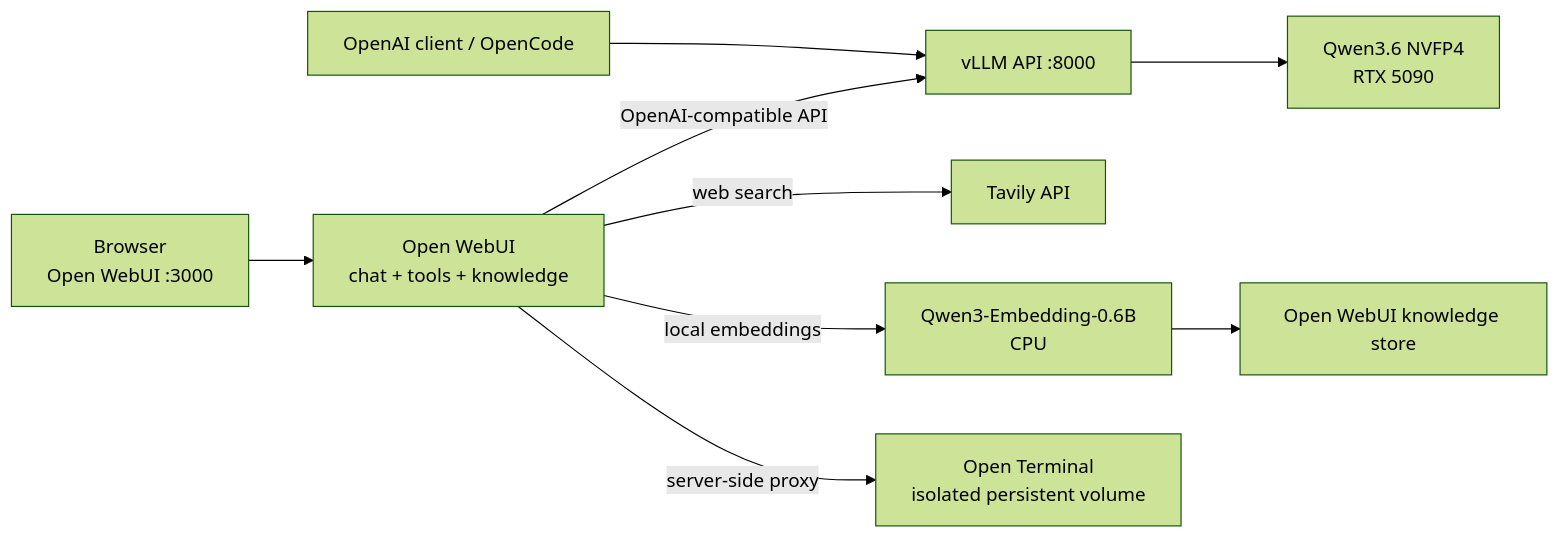
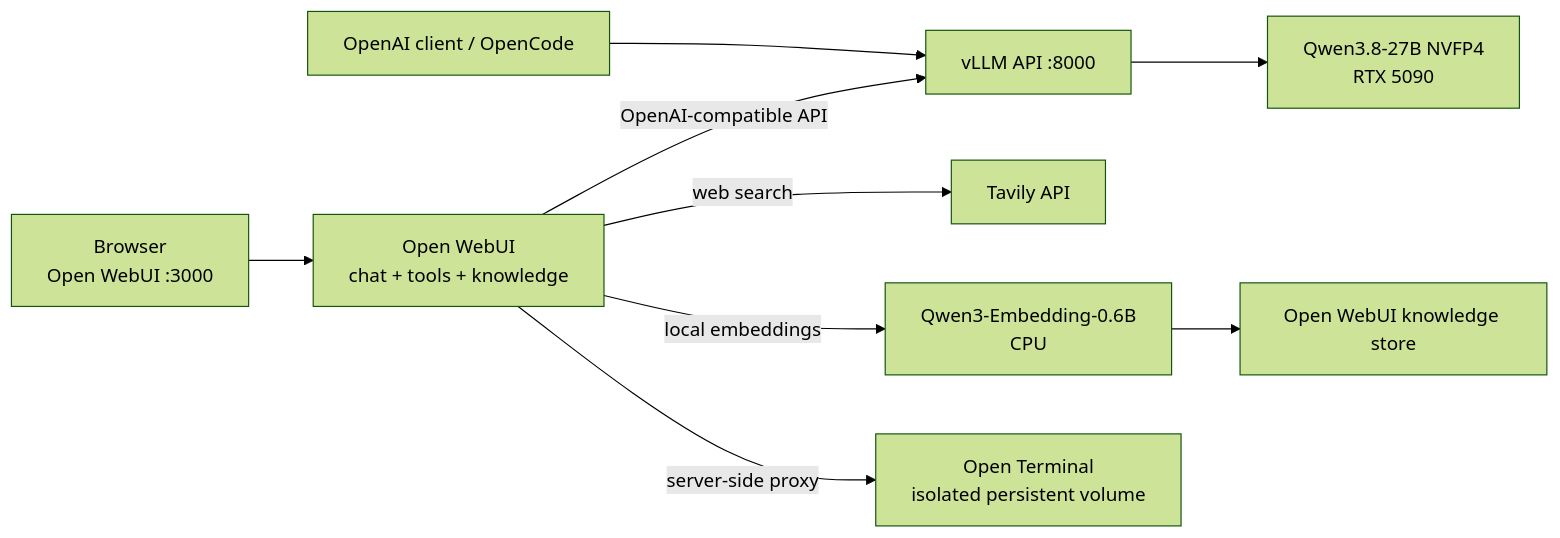
The diagram in README.md (spunkytensor/vllm-qwen-nvidia), drawn with Mermaid (forest theme) before and after one commit. The commit also changed other lines of this file and 10 other files, not shown here.

````diff
--- a/README.md
+++ b/README.md
@@ -16,12 +16,12 @@
 ```mermaid
 flowchart LR
     browser["Browser<br/>Open WebUI :3000"] --> webui["Open WebUI<br/>chat + tools + knowledge"]
     client["OpenAI client / OpenCode"] --> api["vLLM API :8000"]
     webui -->|"OpenAI-compatible API"| api
-    api --> model["Qwen3.6 NVFP4<br/>RTX 5090"]
+    api --> model["Qwen3.8-27B NVFP4<br/>RTX 5090"]
 
     webui -->|"web search"| tavily["Tavily API"]
     webui -->|"local embeddings"| embed["Qwen3-Embedding-0.6B<br/>CPU"]
     embed --> knowledge["Open WebUI knowledge store"]
     webui -->|"server-side proxy"| terminal["Open Terminal<br/>isolated persistent volume"]
 ```
````
